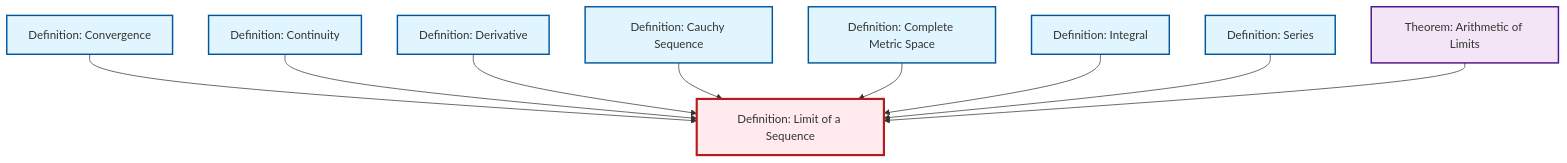
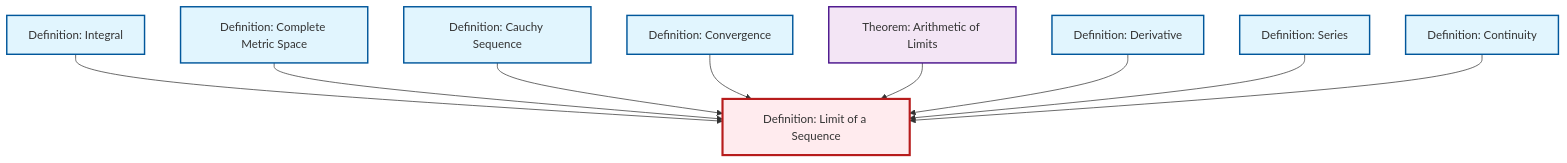
The diagram in content/ja/analysis/def-limit.qmd (RK0429/ModernMath), drawn with Mermaid before and after one commit. The commit also changed other lines of this file and 619 other files, not shown here.

````diff
--- a/content/ja/analysis/def-limit.qmd
+++ b/content/ja/analysis/def-limit.qmd
@@ -49,35 +49,35 @@
 ```{mermaid}
 %%| fig-cap: "Local dependency graph"
 graph TD
     classDef definition fill:#e1f5fe,stroke:#01579b,stroke-width:2px
     classDef theorem fill:#f3e5f5,stroke:#4a148c,stroke-width:2px
     classDef axiom fill:#fff3e0,stroke:#e65100,stroke-width:2px
     classDef example fill:#e8f5e9,stroke:#1b5e20,stroke-width:2px
     classDef current fill:#ffebee,stroke:#b71c1c,stroke-width:3px
+    def-complete-metric-space["Definition: Complete Metric Space"]:::definition
+    def-convergence["Definition: Convergence"]:::definition
+    def-cauchy-sequence["Definition: Cauchy Sequence"]:::definition
     def-integral["Definition: Integral"]:::definition
+    def-series["Definition: Series"]:::definition
+    def-limit["Definition: Limit of a Sequence"]:::definition
+    thm-limit-arithmetic["Theorem: Arithmetic of Limits"]:::theorem
+    def-continuity["Definition: Continuity"]:::definition
     def-derivative["Definition: Derivative"]:::definition
-    def-complete-metric-space["Definition: Complete Metric Space"]:::definition
-    def-series["Definition: Series"]:::definition
-    thm-limit-arithmetic["Theorem: Arithmetic of Limits"]:::theorem
-    def-cauchy-sequence["Definition: Cauchy Sequence"]:::definition
-    def-convergence["Definition: Convergence"]:::definition
-    def-limit["Definition: Limit of a Sequence"]:::definition
-    def-continuity["Definition: Continuity"]:::definition
+    def-integral --> def-limit
+    def-complete-metric-space --> def-limit
+    def-cauchy-sequence --> def-limit
     def-convergence --> def-limit
+    thm-limit-arithmetic --> def-limit
+    def-derivative --> def-limit
+    def-series --> def-limit
     def-continuity --> def-limit
-    def-derivative --> def-limit
-    def-cauchy-sequence --> def-limit
-    def-complete-metric-space --> def-limit
-    def-integral --> def-limit
-    def-series --> def-limit
-    thm-limit-arithmetic --> def-limit
     class def-limit current
+    click def-complete-metric-space "def-complete-metric-space.html" "Definition: Complete Metric Spaceへ"
+    click def-convergence "def-convergence.html" "Definition: Convergenceへ"
+    click def-cauchy-sequence "def-cauchy-sequence.html" "Definition: Cauchy Sequenceへ"
     click def-integral "def-integral.html" "Definition: Integralへ"
-    click def-derivative "def-derivative.html" "Definition: Derivativeへ"
-    click def-complete-metric-space "def-complete-metric-space.html" "Definition: Complete Metric Spaceへ"
     click def-series "def-series.html" "Definition: Seriesへ"
     click thm-limit-arithmetic "thm-limit-arithmetic.html" "Theorem: Arithmetic of Limitsへ"
-    click def-cauchy-sequence "def-cauchy-sequence.html" "Definition: Cauchy Sequenceへ"
-    click def-convergence "def-convergence.html" "Definition: Convergenceへ"
     click def-continuity "def-continuity.html" "Definition: Continuityへ"
+    click def-derivative "def-derivative.html" "Definition: Derivativeへ"
 ```
````
